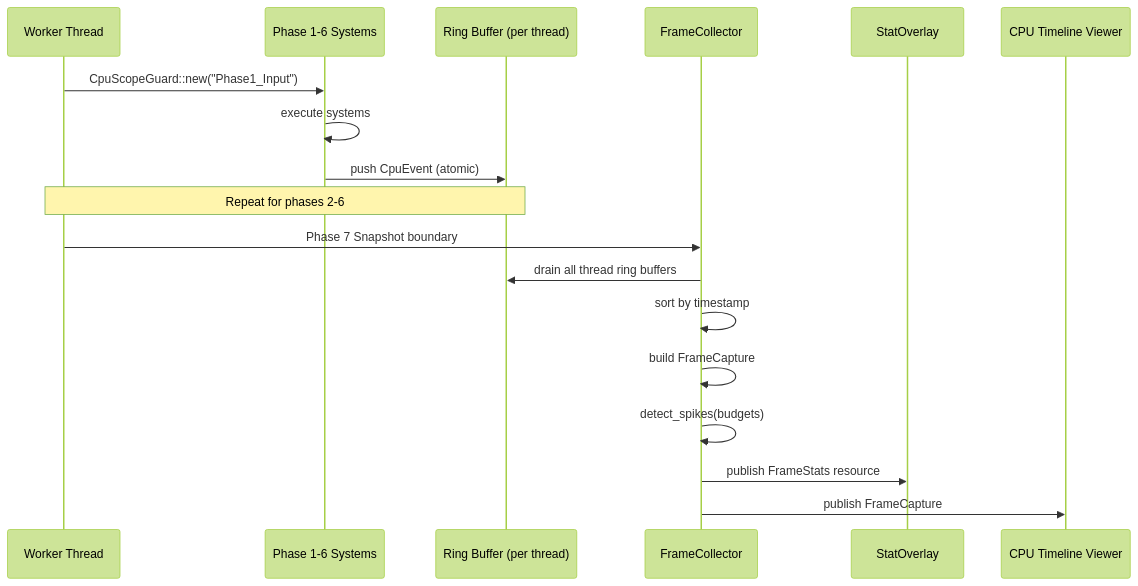
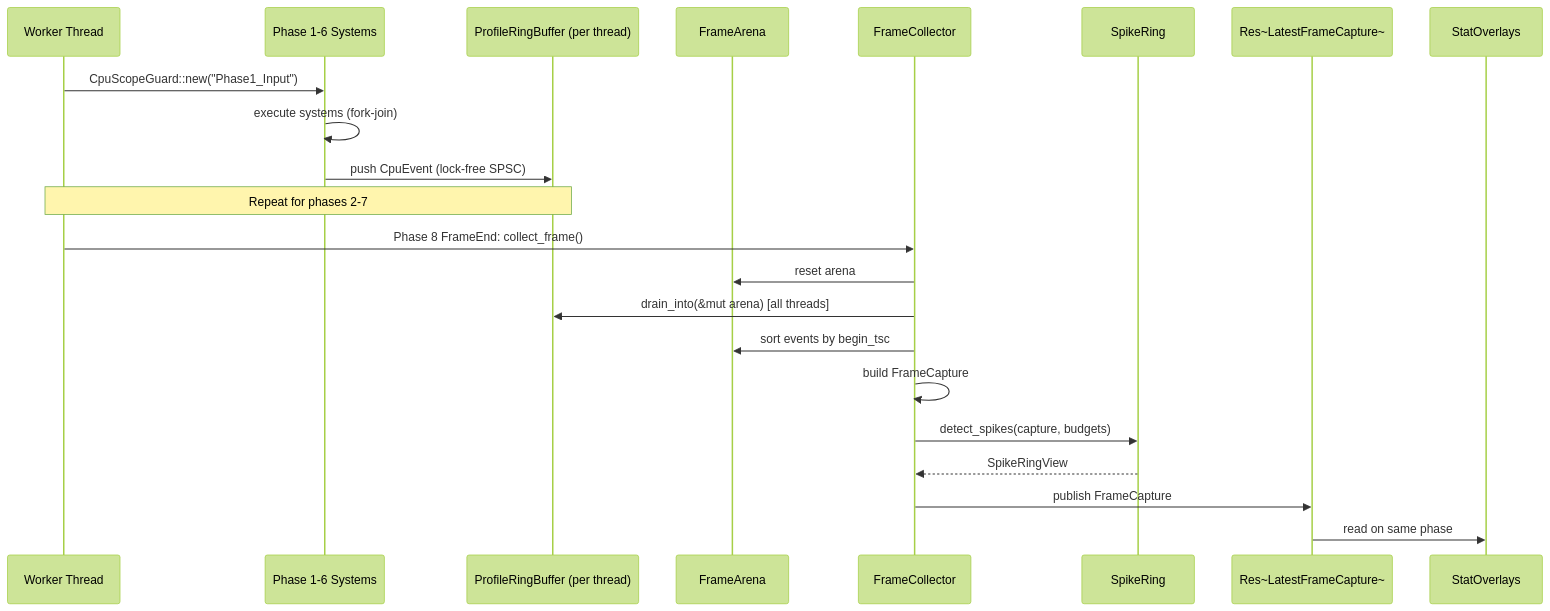
The second of 2 diagrams in docs/design/integration/profiler-game-loop.md (harmonius-dev/harmonius), drawn with Mermaid (forest theme) before and after one commit. The commit also changed other lines of this file and 109 other files, not shown here.

````diff
--- a/docs/design/integration/profiler-game-loop.md
+++ b/docs/design/integration/profiler-game-loop.md
@@ -77,23 +336,27 @@
 ```mermaid
 sequenceDiagram
     participant W as Worker Thread
     participant P1 as Phase 1-6 Systems
-    participant RB as Ring Buffer (per thread)
+    participant RB as ProfileRingBuffer (per thread)
+    participant FA as FrameArena
     participant FC as FrameCollector
-    participant SO as StatOverlay
-    participant TL as CPU Timeline Viewer
+    participant SR as SpikeRing
+    participant LFC as Res~LatestFrameCapture~
+    participant SO as StatOverlays
 
     W->>P1: CpuScopeGuard::new("Phase1_Input")
-    P1->>P1: execute systems
-    P1->>RB: push CpuEvent (atomic)
+    P1->>P1: execute systems (fork-join)
+    P1->>RB: push CpuEvent (lock-free SPSC)
 
-    Note over W,RB: Repeat for phases 2-6
+    Note over W,RB: Repeat for phases 2-7
 
-    W->>FC: Phase 7 Snapshot boundary
-    FC->>RB: drain all thread ring buffers
-    FC->>FC: sort by timestamp
+    W->>FC: Phase 8 FrameEnd: collect_frame()
+    FC->>FA: reset arena
+    FC->>RB: drain_into(&mut arena) [all threads]
+    FC->>FA: sort events by begin_tsc
     FC->>FC: build FrameCapture
-    FC->>FC: detect_spikes(budgets)
-    FC->>SO: publish FrameStats resource
-    FC->>TL: publish FrameCapture
+    FC->>SR: detect_spikes(capture, budgets)
+    SR-->>FC: SpikeRingView
+    FC->>LFC: publish FrameCapture
+    LFC->>SO: read on same phase
 ```
````
